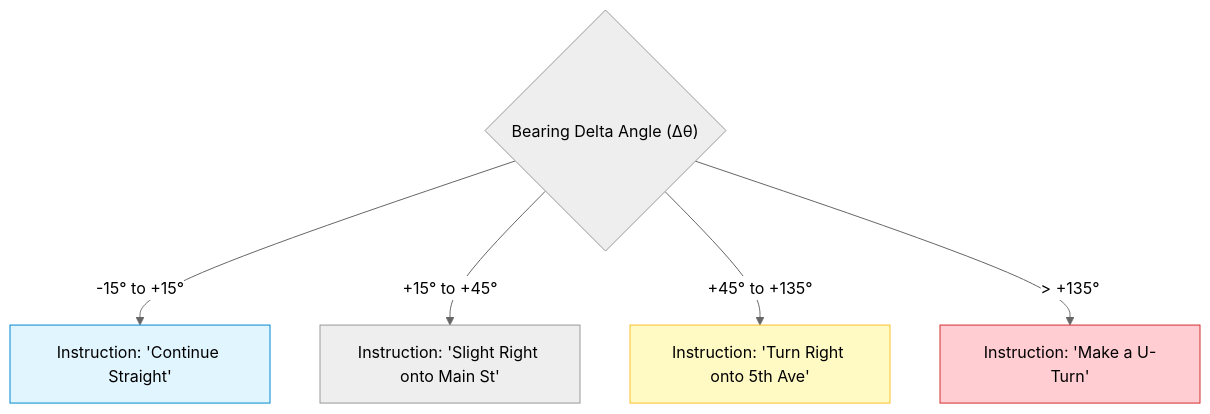
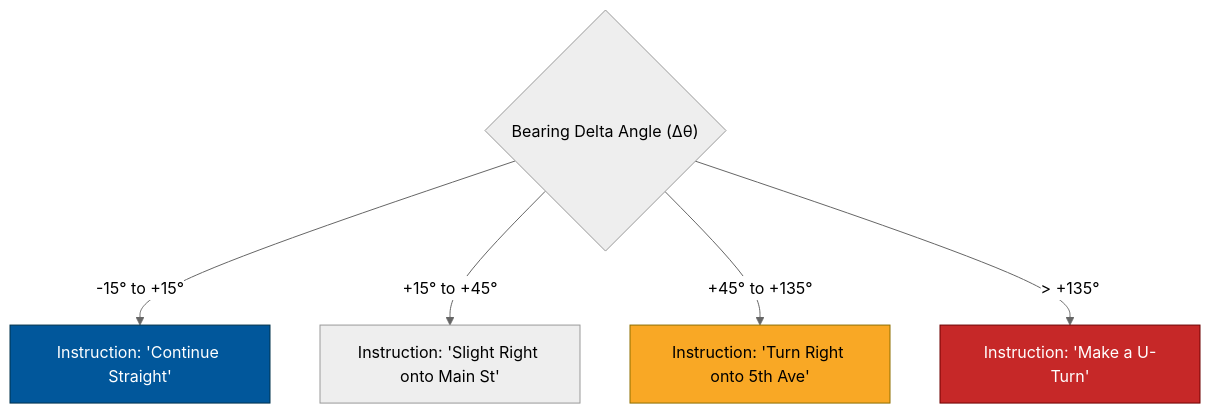
Diagram 23 of 27 in system-design/HLD/0-course/28-Design Google Maps-FAANG-Guide.md (riyaz-pasha/Learnings), drawn with Mermaid (neutral theme) before and after one commit. The commit also changed other lines of this file and 1 other file, not shown here.

First line of the commit message:
[HLD] Make Google Maps guide mermaid diagram colors theme-safe

````diff
--- a/system-design/HLD/0-course/28-Design Google Maps-FAANG-Guide.md
+++ b/system-design/HLD/0-course/28-Design Google Maps-FAANG-Guide.md
@@ -1004,11 +1004,11 @@
 ```mermaid
 flowchart TD
     AngleCheck{"Bearing Delta Angle (Δθ)"} -->|"-15° to +15°"| Straight["Instruction: 'Continue Straight'"]
     AngleCheck -->|"+15° to +45°"| SlightRight["Instruction: 'Slight Right onto Main St'"]
     AngleCheck -->|"+45° to +135°"| Right["Instruction: 'Turn Right onto 5th Ave'"]
     AngleCheck -->|"> +135°"| UTurn["Instruction: 'Make a U-Turn'"]
 
-    style Straight fill:#e1f5fe,stroke:#0288d1
-    style Right fill:#fff9c4,stroke:#fbc02d
-    style UTurn fill:#ffcdd2,stroke:#d32f2f
+    style Straight fill:#01579b,stroke:#00324d,color:#ffffff
+    style Right fill:#f9a825,stroke:#8d6e00,color:#000000
+    style UTurn fill:#c62828,stroke:#6e0000,color:#ffffff
 ```
````
